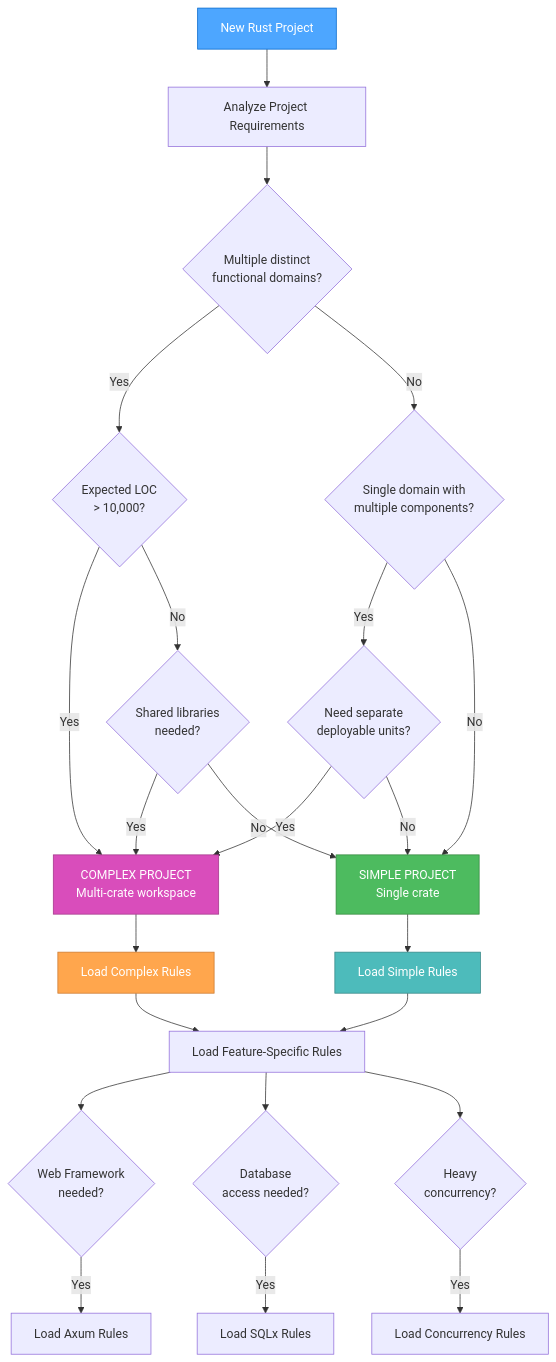
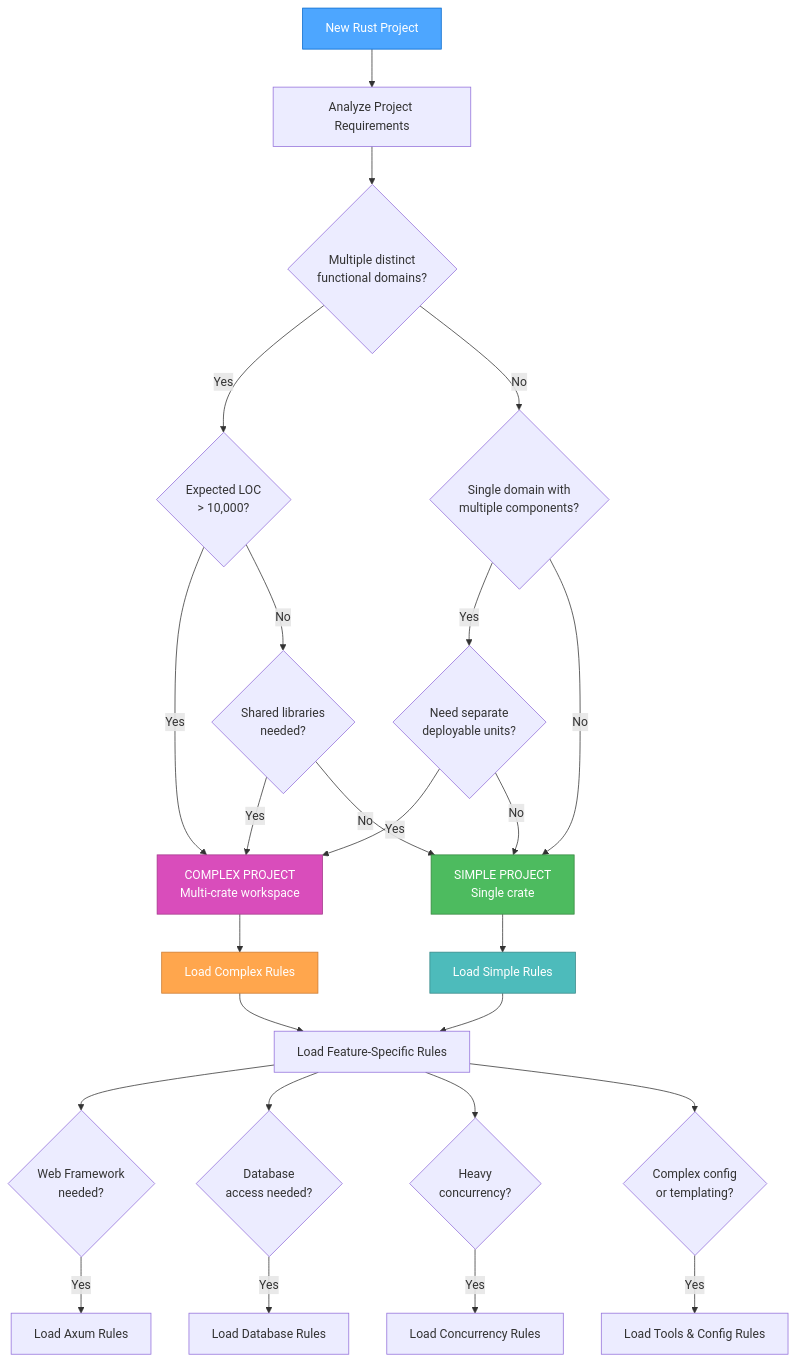
The first of 3 diagrams in .cursor/rules/rust/main.mdc (JunaYa/cursor-rust-rules), drawn with Mermaid before and after one commit. The commit also changed other lines of this file, not shown here.

````diff
--- a/.cursor/rules/rust/main.mdc
+++ b/.cursor/rules/rust/main.mdc
@@ -12,37 +12,39 @@
 ```mermaid
 graph TD
     Start["New Rust Project"] --> Analyze["Analyze Project Requirements"]
     Analyze --> Q1{"Multiple distinct<br>functional domains?"}
     Q1 -->|Yes| Q2{"Expected LOC<br>> 10,000?"}
     Q1 -->|No| Q3{"Single domain with<br>multiple components?"}
 
     Q2 -->|Yes| Complex["COMPLEX PROJECT<br>Multi-crate workspace"]
     Q2 -->|No| Q4{"Shared libraries<br>needed?"}
     Q4 -->|Yes| Complex
     Q4 -->|No| Simple["SIMPLE PROJECT<br>Single crate"]
 
     Q3 -->|Yes| Q5{"Need separate<br>deployable units?"}
     Q3 -->|No| Simple
     Q5 -->|Yes| Complex
     Q5 -->|No| Simple
 
     Complex --> LoadComplex["Load Complex Rules"]
     Simple --> LoadSimple["Load Simple Rules"]
 
     LoadComplex --> Features["Load Feature-Specific Rules"]
     LoadSimple --> Features
 
     Features --> Web{"Web Framework<br>needed?"}
     Features --> DB{"Database<br>access needed?"}
     Features --> Concurrent{"Heavy<br>concurrency?"}
+    Features --> Config{"Complex config<br>or templating?"}
 
     Web -->|Yes| WebRules["Load Axum Rules"]
-    DB -->|Yes| DBRules["Load SQLx Rules"]
+    DB -->|Yes| DBRules["Load Database Rules"]
     Concurrent -->|Yes| ConcurrencyRules["Load Concurrency Rules"]
+    Config -->|Yes| ToolsRules["Load Tools & Config Rules"]
 
     style Start fill:#4da6ff,stroke:#0066cc,color:white
     style Complex fill:#d94dbb,stroke:#a3378a,color:white
     style Simple fill:#4dbb5f,stroke:#36873f,color:white
     style LoadComplex fill:#ffa64d,stroke:#cc7a30,color:white
     style LoadSimple fill:#4dbbbb,stroke:#368787,color:white
 ```
````
